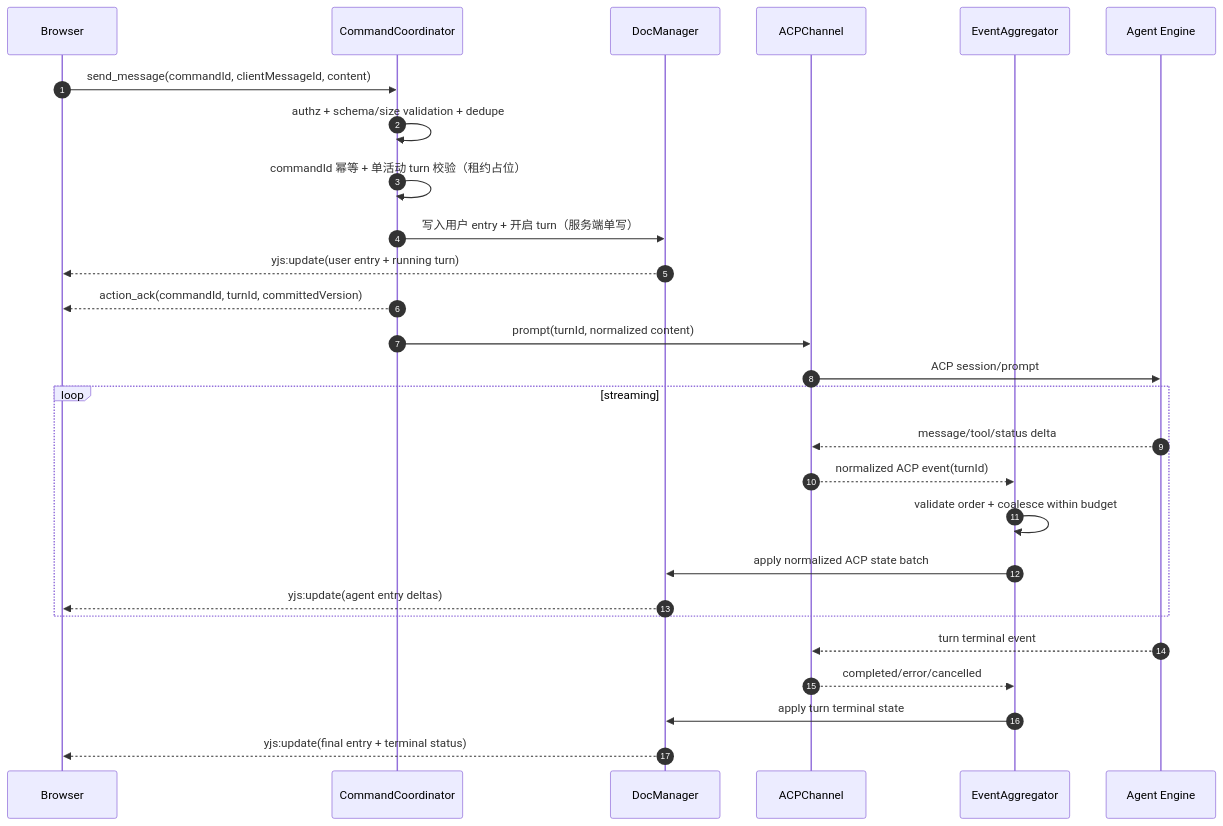
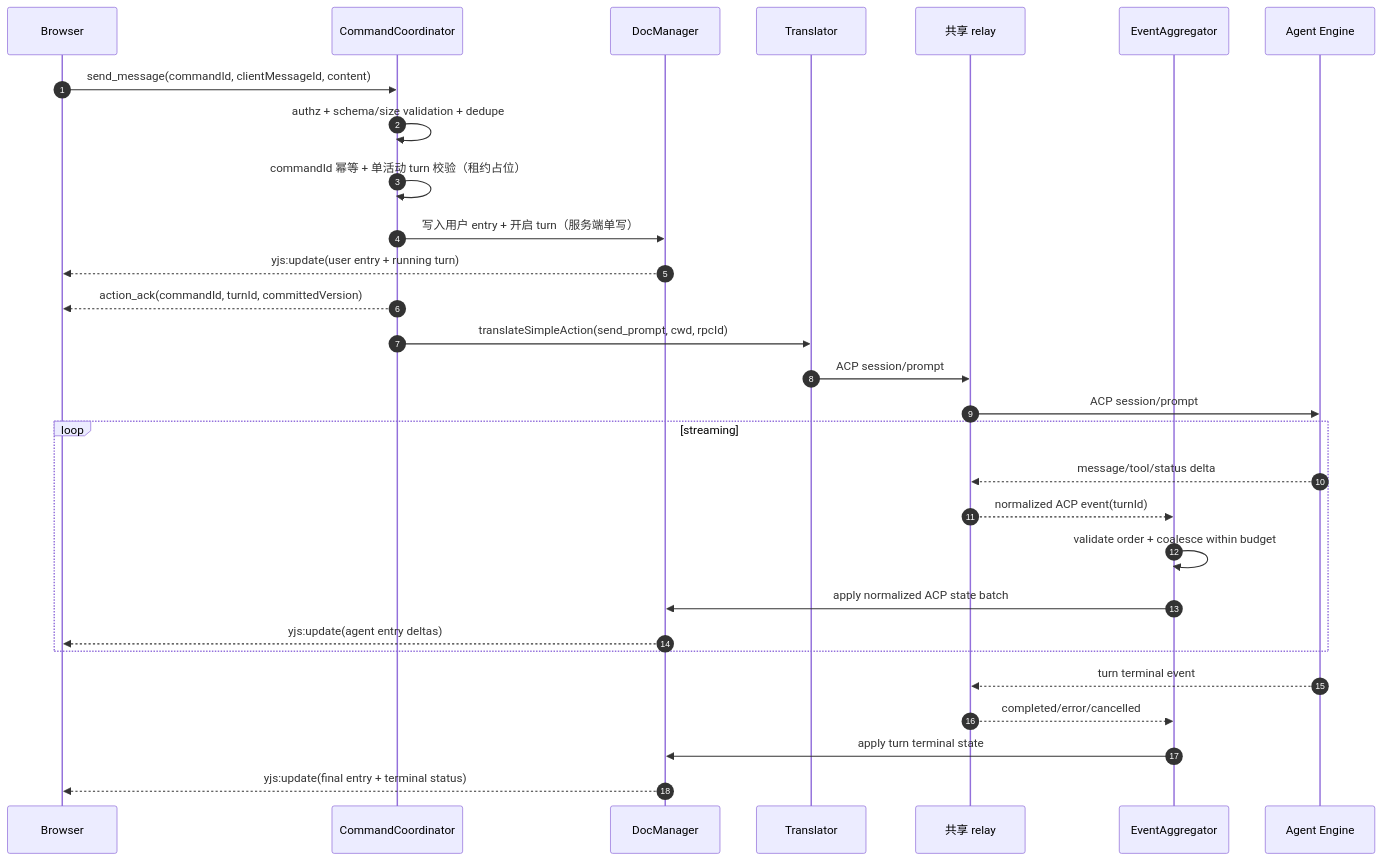
The fifth of 10 diagrams in docs/arch/19-yjs-chat-streaming.md (HuangPuStar/FenixAgent), drawn with Mermaid before and after one commit. The commit also changed other lines of this file and 2 other files, not shown here.

````diff
--- a/docs/arch/19-yjs-chat-streaming.md
+++ b/docs/arch/19-yjs-chat-streaming.md
@@ -277,30 +299,32 @@
 ```mermaid
 sequenceDiagram
     autonumber
     participant B as Browser
     participant CC as CommandCoordinator
     participant DM as DocManager
-    participant ACP as ACPChannel
+    participant TR as Translator
+    participant RL as 共享 relay
     participant EA as EventAggregator
     participant AG as Agent Engine
 
     B->>CC: send_message(commandId, clientMessageId, content)
     CC->>CC: authz + schema/size validation + dedupe
     CC->>CC: commandId 幂等 + 单活动 turn 校验（租约占位）
     CC->>DM: 写入用户 entry + 开启 turn（服务端单写）
     DM-->>B: yjs:update(user entry + running turn)
     CC-->>B: action_ack(commandId, turnId, committedVersion)
-    CC->>ACP: prompt(turnId, normalized content)
-    ACP->>AG: ACP session/prompt
+    CC->>TR: translateSimpleAction(send_prompt, cwd, rpcId)
+    TR->>RL: ACP session/prompt
+    RL->>AG: ACP session/prompt
     loop streaming
-        AG-->>ACP: message/tool/status delta
-        ACP-->>EA: normalized ACP event(turnId)
+        AG-->>RL: message/tool/status delta
+        RL-->>EA: normalized ACP event(turnId)
         EA->>EA: validate order + coalesce within budget
         EA->>DM: apply normalized ACP state batch
         DM-->>B: yjs:update(agent entry deltas)
     end
-    AG-->>ACP: turn terminal event
-    ACP-->>EA: completed/error/cancelled
+    AG-->>RL: turn terminal event
+    RL-->>EA: completed/error/cancelled
     EA->>DM: apply turn terminal state
     DM-->>B: yjs:update(final entry + terminal status)
 ```
````
